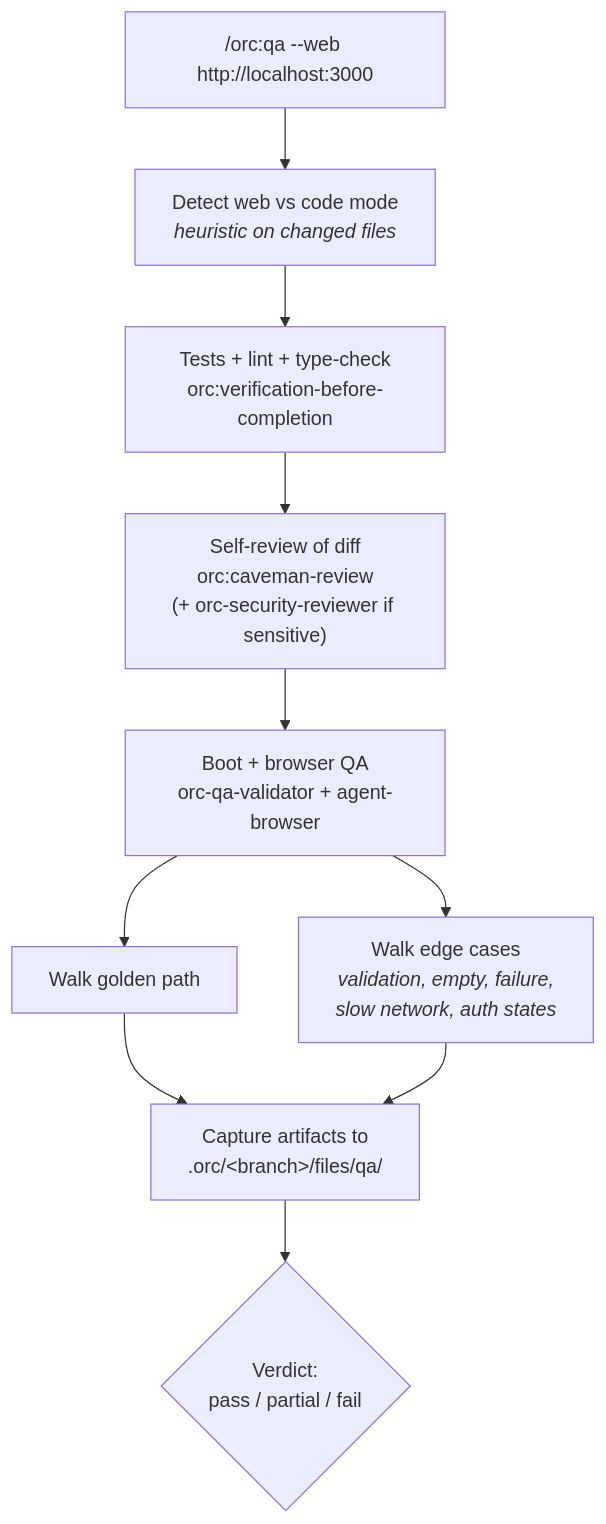
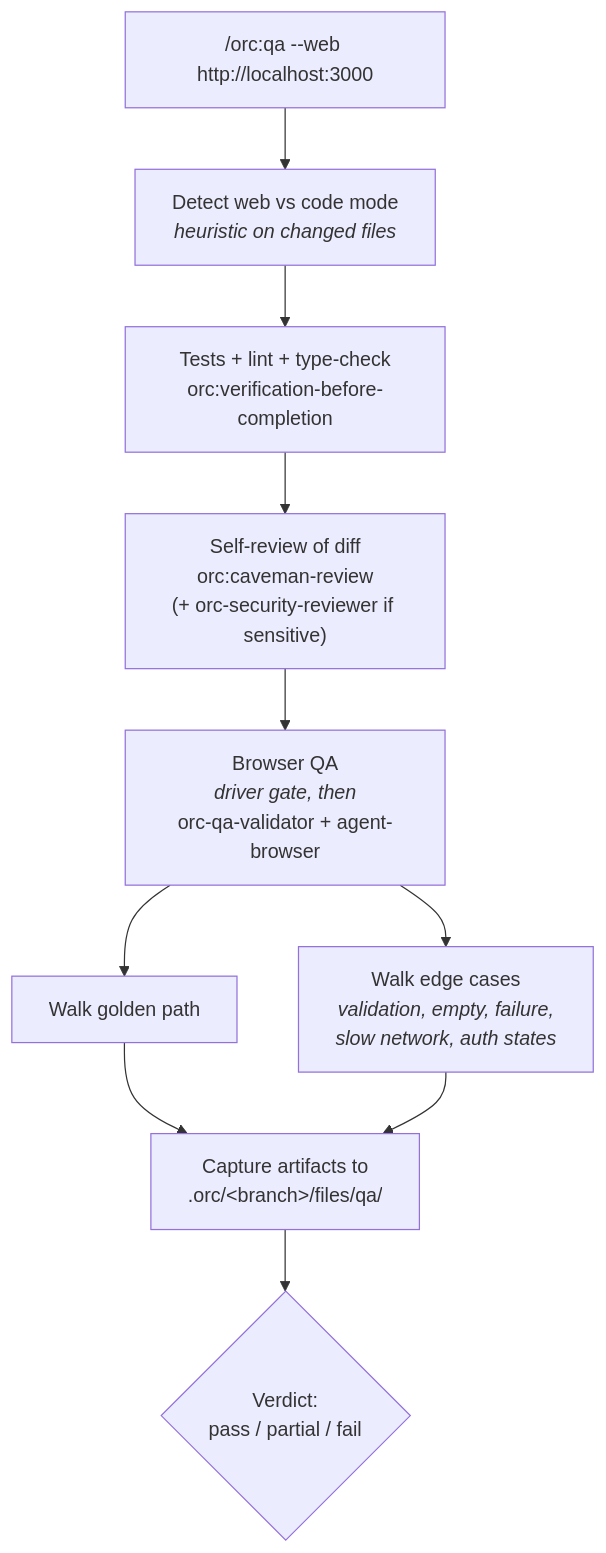
Before and after one commit to HigorAlves/orc: the diagram in examples/10-web-qa-before-shipping.md, drawn with Mermaid. The commit also changed other lines of this file and 13 other files, not shown here.

````diff
--- a/examples/10-web-qa-before-shipping.md
+++ b/examples/10-web-qa-before-shipping.md
@@ -23,17 +23,17 @@
 ```mermaid
 flowchart TD
     cmd["/orc:qa --web http://localhost:3000"]
     detect[Detect web vs code mode<br/><i>heuristic on changed files</i>]
     verify[Tests + lint + type-check<br/>orc:verification-before-completion]
     selfrev["Self-review of diff<br/>orc:caveman-review<br/>(+ orc-security-reviewer if sensitive)"]
-    boot[Boot + browser QA<br/>orc-qa-validator + agent-browser]
+    boot[Browser QA<br/><i>driver gate, then</i><br/>orc-qa-validator + agent-browser]
     golden[Walk golden path]
     edge[Walk edge cases<br/><i>validation, empty, failure,<br/>slow network, auth states</i>]
     capture[Capture artifacts to<br/>.orc/&lt;branch&gt;/files/qa/]
     verdict{"Verdict:<br/>pass / partial / fail"}
 
     cmd --> detect --> verify --> selfrev --> boot
     boot --> golden --> capture
     boot --> edge --> capture
     capture --> verdict
 ```
````
